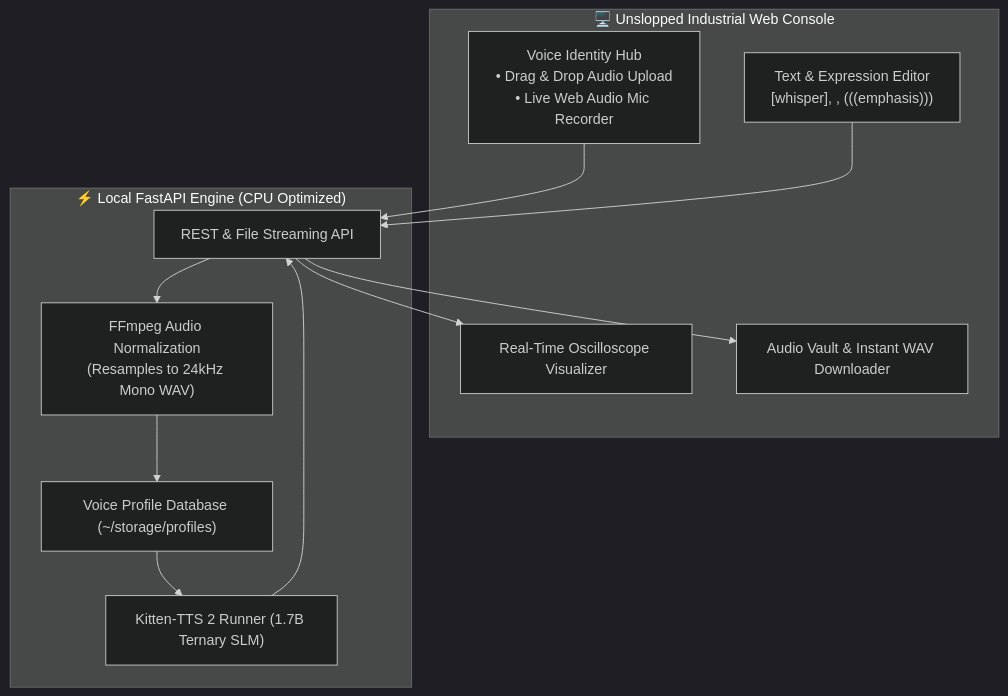
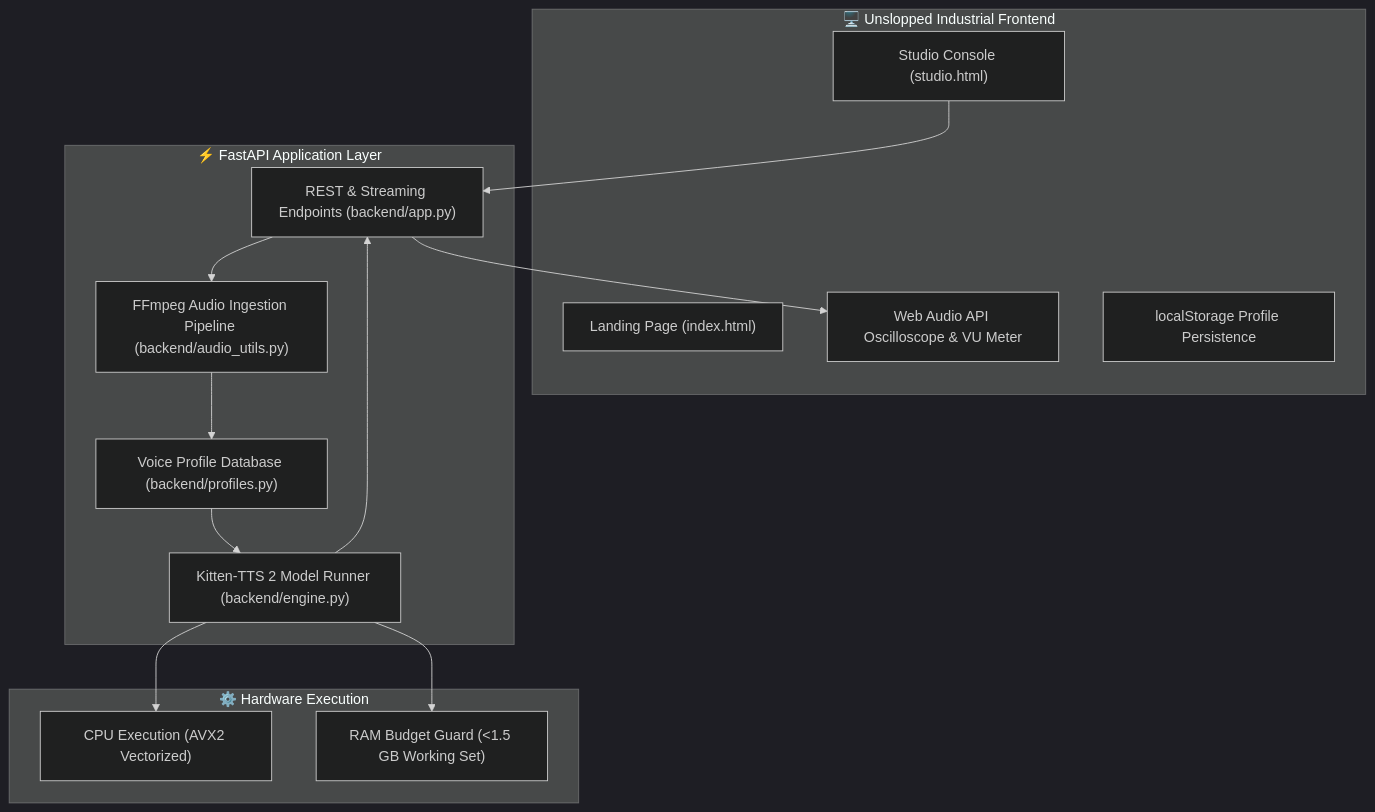
One commit to SahooShuvranshu/KittenTTS-Studio changed the diagram in README.md. Above: the diagram before and after it, drawn with Mermaid (dark theme). The commit also changed other lines of this file and 4 other files, not shown here.

````diff
--- a/README.md
+++ b/README.md
@@ -41,25 +66,30 @@
 ```mermaid
 flowchart TD
-    subgraph UI["🖥️ Unslopped Industrial Web Console"]
-        InText["Text & Expression Editor<br/>[whisper], <laugh>, (((emphasis)))"]
-        InAudio["Voice Identity Hub<br/>• Drag & Drop Audio Upload<br/>• Live Web Audio Mic Recorder"]
-        Osc["Real-Time Oscilloscope Visualizer"]
-        Vault["Audio Vault & Instant WAV Downloader"]
+    subgraph Frontend["🖥️ Unslopped Industrial Frontend"]
+        Landing["Landing Page (index.html)"]
+        Studio["Studio Console (studio.html)"]
+        Oscilloscope["Web Audio API Oscilloscope & VU Meter"]
+        ProfileMemory["localStorage Profile Persistence"]
     end
 
-    subgraph Backend["⚡ Local FastAPI Engine (CPU Optimized)"]
-        API["REST & File Streaming API"]
-        Normalize["FFmpeg Audio Normalization<br/>(Resamples to 24kHz Mono WAV)"]
-        Profiles["Voice Profile Database (~/storage/profiles)"]
-        Engine["Kitten-TTS 2 Runner (1.7B Ternary SLM)"]
+    subgraph Backend["⚡ FastAPI Application Layer"]
+        Router["REST & Streaming Endpoints (backend/app.py)"]
+        AudioPipeline["FFmpeg Audio Ingestion Pipeline (backend/audio_utils.py)"]
+        ProfileStore["Voice Profile Database (backend/profiles.py)"]
+        KittenEngine["Kitten-TTS 2 Model Runner (backend/engine.py)"]
     end
 
-    InAudio --> API
-    InText --> API
-    API --> Normalize
-    Normalize --> Profiles
-    Profiles --> Engine
-    Engine --> API
-    API --> Osc
-    API --> Vault
+    subgraph Hardware["⚙️ Hardware Execution"]
+        CPU["CPU Execution (AVX2 Vectorized)"]
+        RAM["RAM Budget Guard (<1.5 GB Working Set)"]
+    end
+
+    Studio --> Router
+    Router --> AudioPipeline
+    AudioPipeline --> ProfileStore
+    ProfileStore --> KittenEngine
+    KittenEngine --> CPU
+    KittenEngine --> RAM
+    KittenEngine --> Router
+    Router --> Oscilloscope
 ```
````
